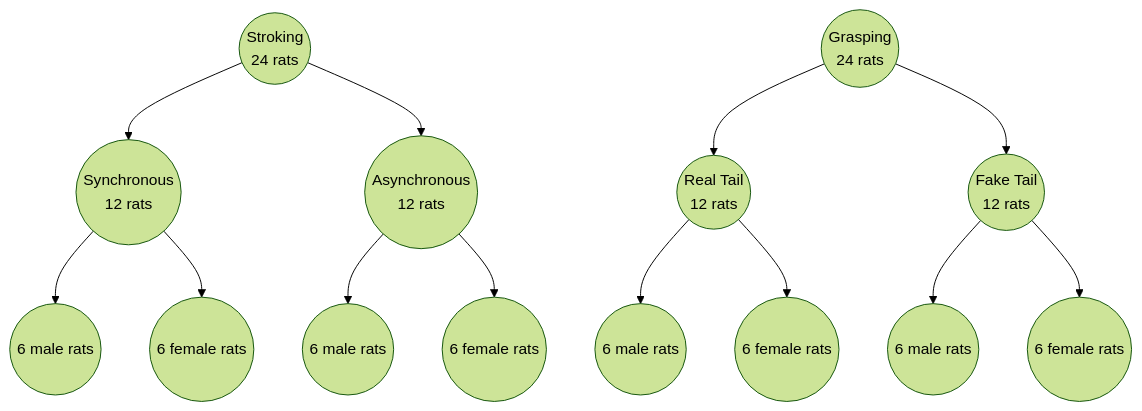
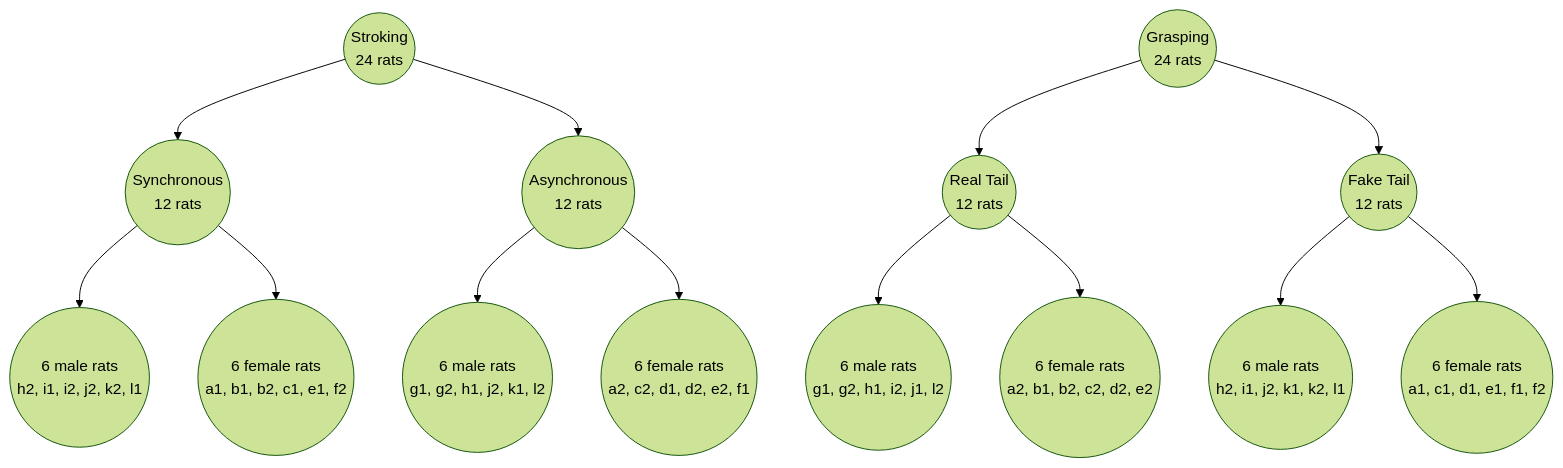
One commit to mmccoy-01/RTI changed the diagram in graph_output/rti/conditions.by.sex.md. Above: the diagram before and after it, drawn with Mermaid (forest theme).

````diff
--- a/graph_output/rti/conditions.by.sex.md
+++ b/graph_output/rti/conditions.by.sex.md
@@ -2,17 +2,17 @@
 ```mermaid
 flowchart TD
 
 a((Stroking \n 24 rats)) --> b((Synchronous \n 12 rats))
 a((Stroking \n 24 rats)) --> c((Asynchronous \n 12 rats))
-b((Synchronous \n 12 rats)) --> d((6 male rats))
-b((Synchronous \n 12 rats)) --> e((6 female rats))
-c((Asynchronous \n 12 rats)) --> f((6 male rats))
-c((Asynchronous \n 12 rats)) --> g((6 female rats))
+b((Synchronous \n 12 rats)) --> d((6 male rats \n h2, i1, i2, j2, k2, l1))
+b((Synchronous \n 12 rats)) --> e((6 female rats \n a1, b1, b2, c1, e1, f2))
+c((Asynchronous \n 12 rats)) --> f((6 male rats \n g1, g2, h1, j2, k1, l2))
+c((Asynchronous \n 12 rats)) --> g((6 female rats \n a2, c2, d1, d2, e2, f1))
 
 h((Grasping \n 24 rats)) --> i((Real Tail \n 12 rats))
 h((Grasping \n 24 rats)) --> j((Fake Tail \n 12 rats))
-i((Real Tail \n 12 rats)) --> k((6 male rats))
-i((Real Tail \n 12 rats)) --> l((6 female rats))
-j((Fake Tail \n 12 rats)) --> m((6 male rats))
-j((Fake Tail \n 12 rats)) --> n((6 female rats))
+i((Real Tail \n 12 rats)) --> k((6 male rats \n g1, g2, h1, i2, j1, l2))
+i((Real Tail \n 12 rats)) --> l((6 female rats \n a2, b1, b2, c2, d2, e2))
+j((Fake Tail \n 12 rats)) --> m((6 male rats \n h2, i1, j2, k1, k2, l1))
+j((Fake Tail \n 12 rats)) --> n((6 female rats \n a1, c1, d1, e1, f1, f2))
 ```
````
